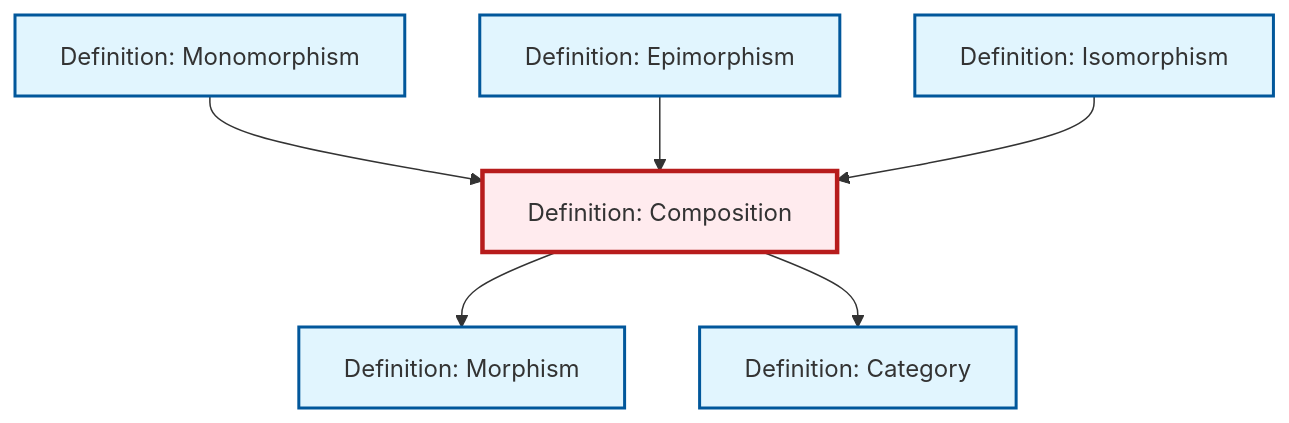
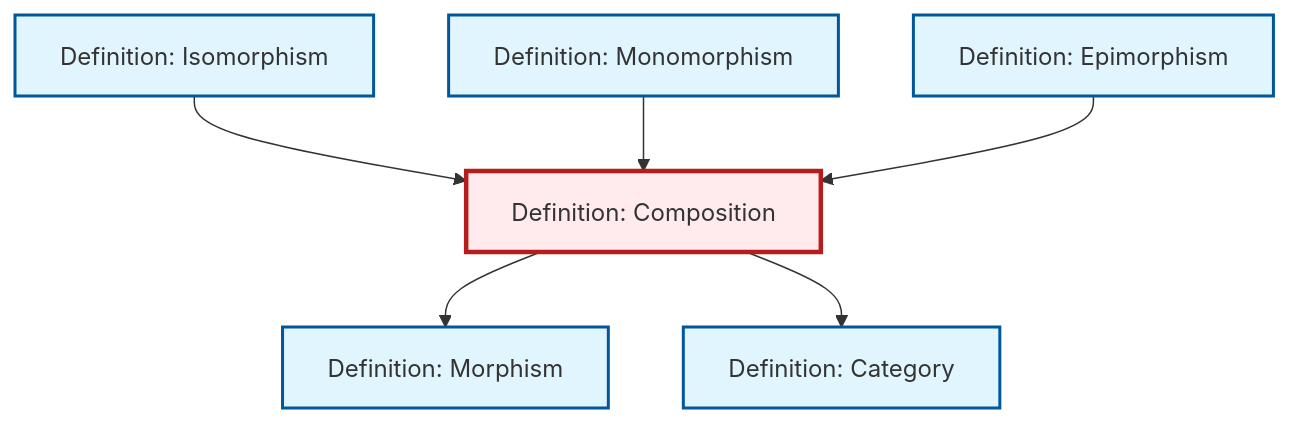
Before and after one commit to RK0429/ModernMath: the diagram in content/en/category-theory/def-composition.qmd, drawn with Mermaid. The commit also changed other lines of this file and 328 other files, not shown here.

````diff
--- a/content/en/category-theory/def-composition.qmd
+++ b/content/en/category-theory/def-composition.qmd
@@ -92,26 +92,26 @@
 ```{mermaid}
 %%| fig-cap: "Local dependency graph"
 graph TD
     classDef definition fill:#e1f5fe,stroke:#01579b,stroke-width:2px
     classDef theorem fill:#f3e5f5,stroke:#4a148c,stroke-width:2px
     classDef axiom fill:#fff3e0,stroke:#e65100,stroke-width:2px
     classDef example fill:#e8f5e9,stroke:#1b5e20,stroke-width:2px
     classDef current fill:#ffebee,stroke:#b71c1c,stroke-width:3px
     def-morphism["Definition: Morphism"]:::definition
+    def-composition["Definition: Composition"]:::definition
+    def-epimorphism["Definition: Epimorphism"]:::definition
     def-isomorphism["Definition: Isomorphism"]:::definition
-    def-epimorphism["Definition: Epimorphism"]:::definition
-    def-composition["Definition: Composition"]:::definition
     def-category["Definition: Category"]:::definition
     def-monomorphism["Definition: Monomorphism"]:::definition
-    def-monomorphism --> def-composition
-    def-epimorphism --> def-composition
     def-composition --> def-morphism
     def-isomorphism --> def-composition
+    def-monomorphism --> def-composition
     def-composition --> def-category
+    def-epimorphism --> def-composition
     class def-composition current
     click def-morphism "def-morphism.html" "Go to Morphism definition"
+    click def-epimorphism "def-epimorphism.html" "Go to Epimorphism definition"
     click def-isomorphism "def-isomorphism.html" "Go to Isomorphism definition"
-    click def-epimorphism "def-epimorphism.html" "Go to Epimorphism definition"
     click def-category "def-category.html" "Go to Category definition"
     click def-monomorphism "def-monomorphism.html" "Go to Monomorphism definition"
 ```
````
